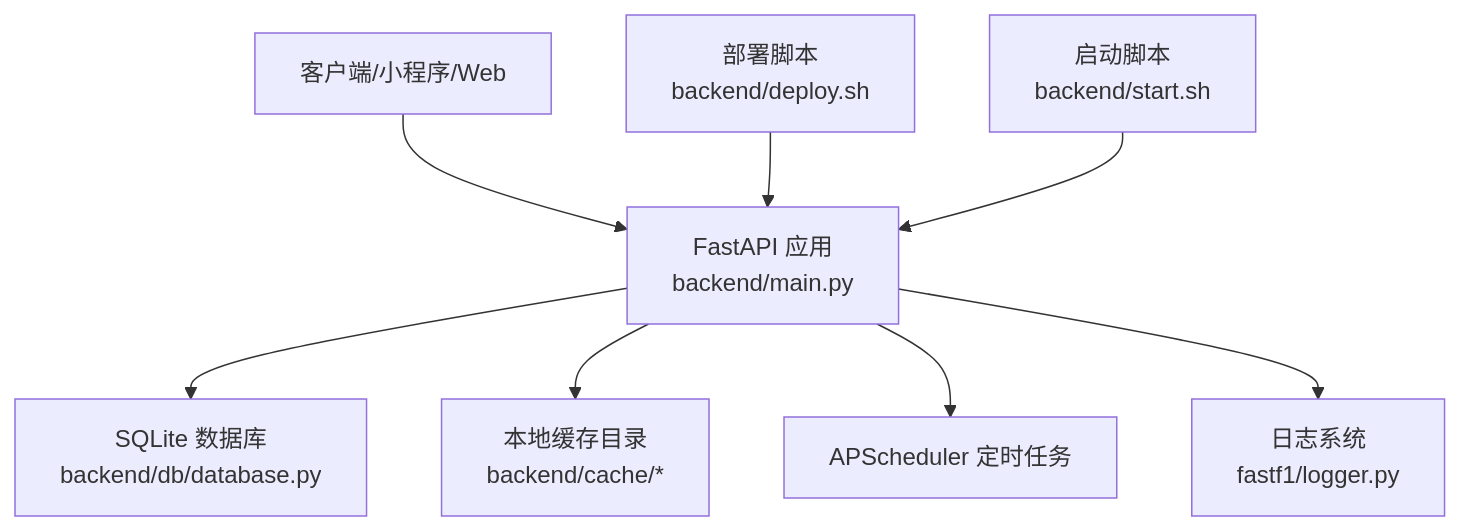
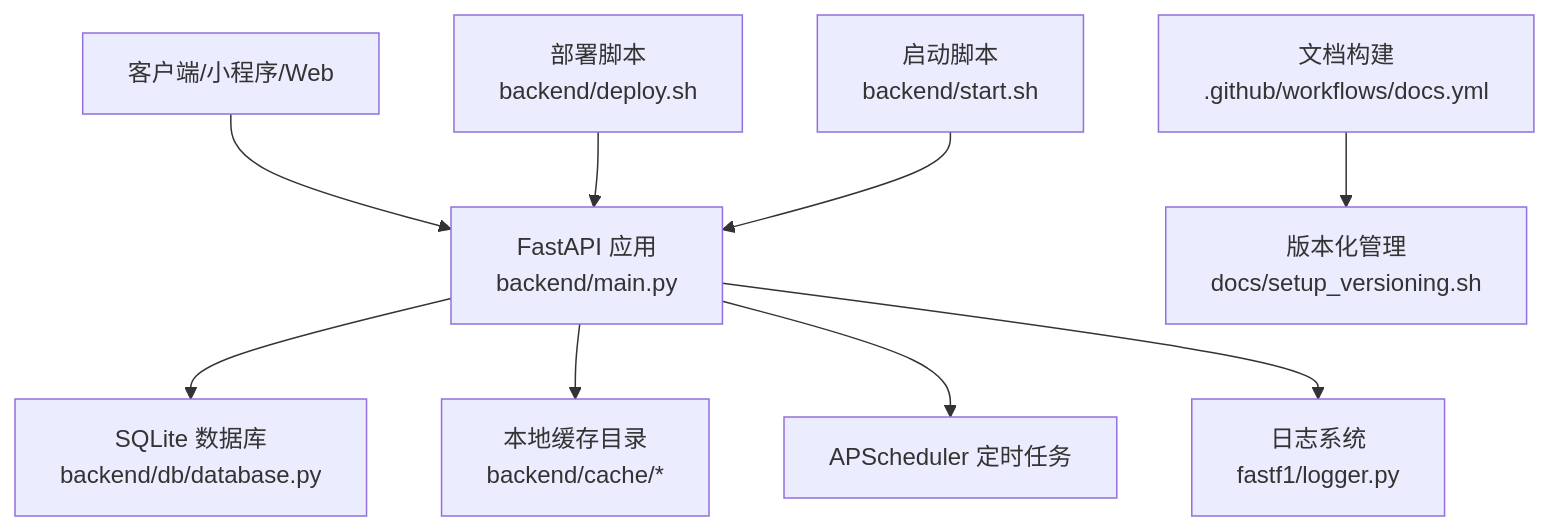
The second of 6 diagrams in .qoder/repowiki/zh/content/部署和运维/部署和运维.md (jianai0330/Fast-F1), drawn with Mermaid before and after one commit. The commit also changed other lines of this file and 22 other files, not shown here.

````diff
--- a/.qoder/repowiki/zh/content/部署和运维/部署和运维.md
+++ b/.qoder/repowiki/zh/content/部署和运维/部署和运维.md
@@ -125,18 +136,21 @@
 ```mermaid
 graph TB
 Client["客户端/小程序/Web"]
 API["FastAPI 应用<br/>backend/main.py"]
 DB["SQLite 数据库<br/>backend/db/database.py"]
 Cache["本地缓存目录<br/>backend/cache/*"]
 Scheduler["APScheduler 定时任务"]
 Logger["日志系统<br/>fastf1/logger.py"]
 Deploy["部署脚本<br/>backend/deploy.sh"]
 Start["启动脚本<br/>backend/start.sh"]
+DocBuild["文档构建<br/>.github/workflows/docs.yml"]
+Versioning["版本化管理<br/>docs/setup_versioning.sh"]
 Client --> API
 API --> DB
 API --> Cache
 API --> Scheduler
 API --> Logger
 Deploy --> API
 Start --> API
+DocBuild --> Versioning
 ```
````
